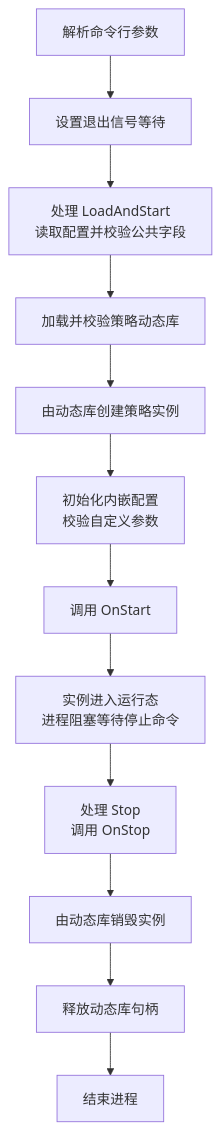
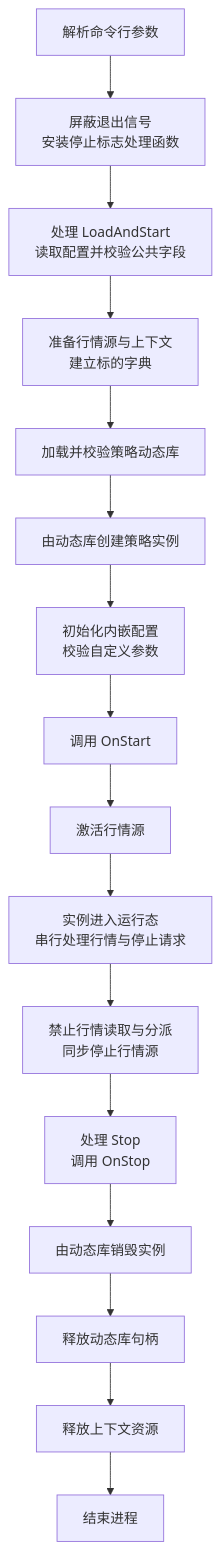
The diagram in docs/design/strategyd.md (yizhenfei/yquant), drawn with Mermaid before and after one commit. The commit also changed other lines of this file and 51 other files, not shown here.

````diff
--- a/docs/design/strategyd.md
+++ b/docs/design/strategyd.md
@@ -109,27 +127,35 @@
 ```mermaid
 flowchart TD
     CLI["解析命令行参数"]
-    SIGNALS["设置退出信号等待"]
+    SIGNALS["屏蔽退出信号<br/>安装停止标志处理函数"]
     CONFIG["处理 LoadAndStart<br/>读取配置并校验公共字段"]
+    PREPARE["准备行情源与上下文<br/>建立标的字典"]
     LOAD["加载并校验策略动态库"]
     CREATE["由动态库创建策略实例"]
     INITIALIZE["初始化内嵌配置<br/>校验自定义参数"]
     START["调用 OnStart"]
-    RUNNING["实例进入运行态<br/>进程阻塞等待停止命令"]
+    SOURCE["激活行情源"]
+    RUNNING["实例进入运行态<br/>串行处理行情与停止请求"]
+    QUIESCE["禁止行情读取与分派<br/>同步停止行情源"]
     STOP["处理 Stop<br/>调用 OnStop"]
     DESTROY["由动态库销毁实例"]
     CLOSE["释放动态库句柄"]
+    RELEASE["释放上下文资源"]
     EXIT["结束进程"]
 
     CLI --> SIGNALS
     SIGNALS --> CONFIG
-    CONFIG --> LOAD
+    CONFIG --> PREPARE
+    PREPARE --> LOAD
     LOAD --> CREATE
     CREATE --> INITIALIZE
     INITIALIZE --> START
-    START --> RUNNING
-    RUNNING --> STOP
+    START --> SOURCE
+    SOURCE --> RUNNING
+    RUNNING --> QUIESCE
+    QUIESCE --> STOP
     STOP --> DESTROY
     DESTROY --> CLOSE
-    CLOSE --> EXIT
+    CLOSE --> RELEASE
+    RELEASE --> EXIT
 ```
````
